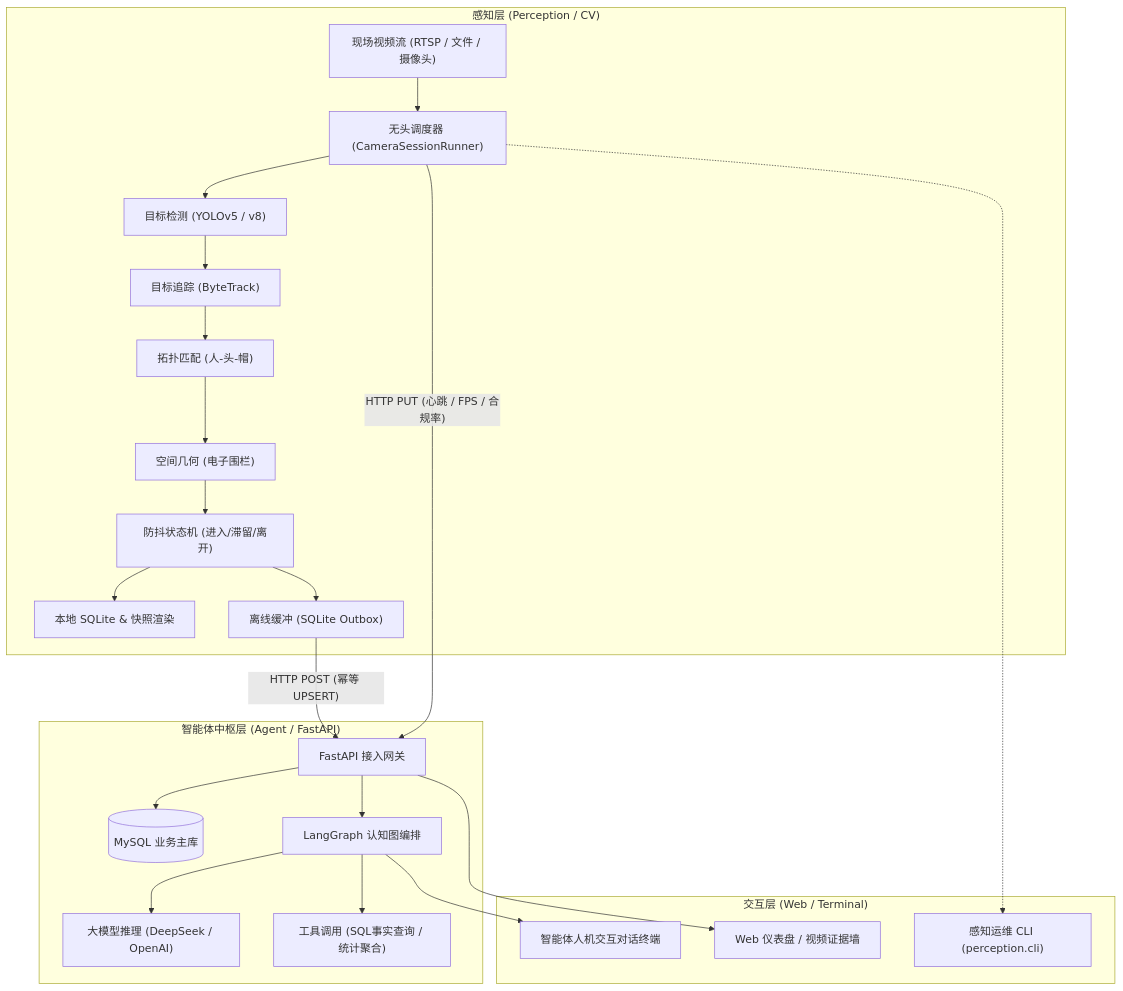
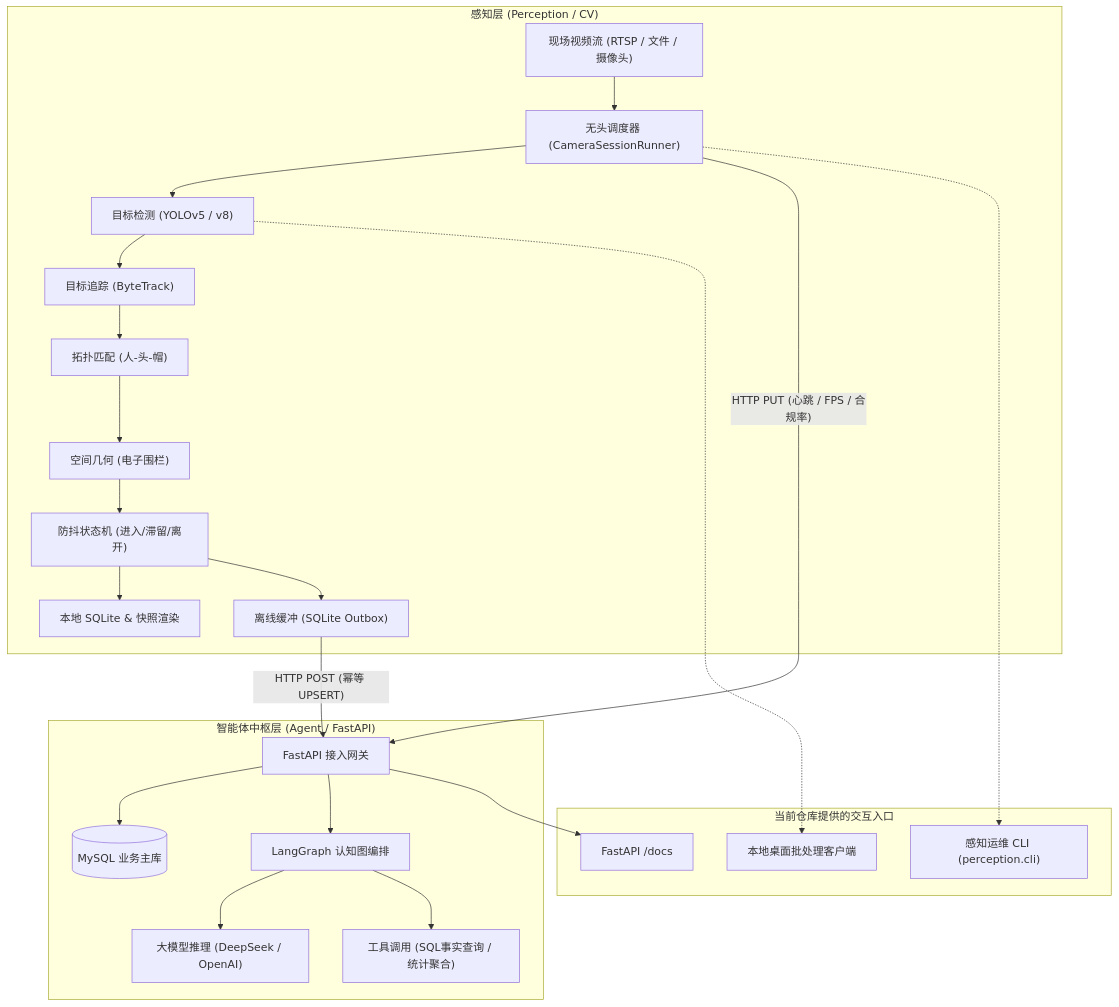
Before and after one commit to jjc303/civil_engineering_agent: the diagram in docs/migration/SYSTEM_FEATURES_AND_USAGE_GUIDE.md, drawn with Mermaid. The commit also changed other lines of this file and 50 other files, not shown here.

````diff
--- a/docs/migration/SYSTEM_FEATURES_AND_USAGE_GUIDE.md
+++ b/docs/migration/SYSTEM_FEATURES_AND_USAGE_GUIDE.md
@@ -44,32 +46,32 @@
 ```mermaid
 flowchart TD
     subgraph S1["感知层 (Perception / CV)"]
         Stream["现场视频流 (RTSP / 文件 / 摄像头)"] --> Runner["无头调度器 (CameraSessionRunner)"]
         Runner --> Det["目标检测 (YOLOv5 / v8)"]
         Det --> Track["目标追踪 (ByteTrack)"]
         Track --> Topo["拓扑匹配 (人-头-帽)"]
         Topo --> Geo["空间几何 (电子围栏)"]
         Geo --> FSM["防抖状态机 (进入/滞留/离开)"]
         FSM --> EvStore["本地 SQLite & 快照渲染"]
         FSM --> Outbox["离线缓冲 (SQLite Outbox)"]
     end
 
     subgraph S2["智能体中枢层 (Agent / FastAPI)"]
         Outbox --"HTTP POST (幂等 UPSERT)"--> APIGW["FastAPI 接入网关"]
         Runner --"HTTP PUT (心跳 / FPS / 合规率)"--> APIGW
         APIGW --> DB[("MySQL 业务主库")]
         APIGW --> Graph["LangGraph 认知图编排"]
         Graph --> LLM["大模型推理 (DeepSeek / OpenAI)"]
         Graph --> Tools["工具调用 (SQL事实查询 / 统计聚合)"]
     end
 
-    subgraph S3["交互层 (Web / Terminal)"]
-        Web["Web 仪表盘 / 视频证据墙"]
-        Chat["智能体人机交互对话终端"]
+    subgraph S3["当前仓库提供的交互入口"]
+        Docs["FastAPI /docs"]
         CLI["感知运维 CLI (perception.cli)"]
+        GUI["本地桌面批处理客户端"]
     end
 
-    APIGW --> Web
-    Graph --> Chat
+    APIGW --> Docs
     Runner -.-> CLI
+    Det -.-> GUI
 ```
````
